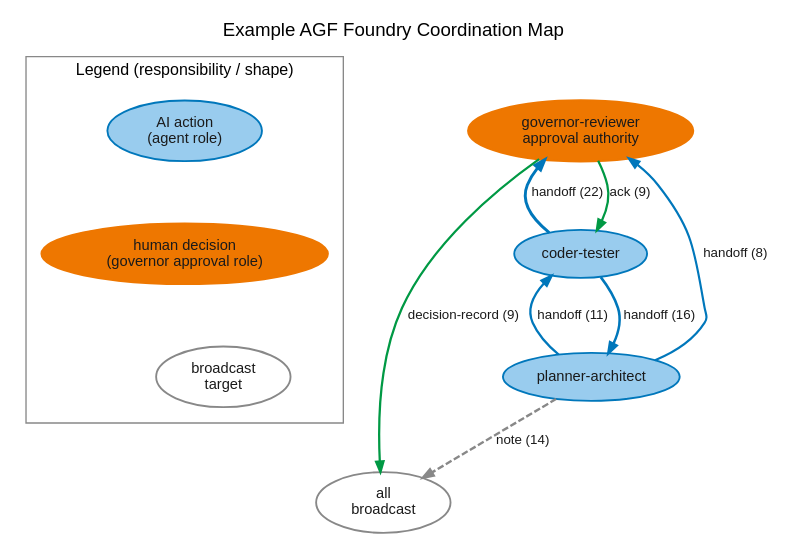
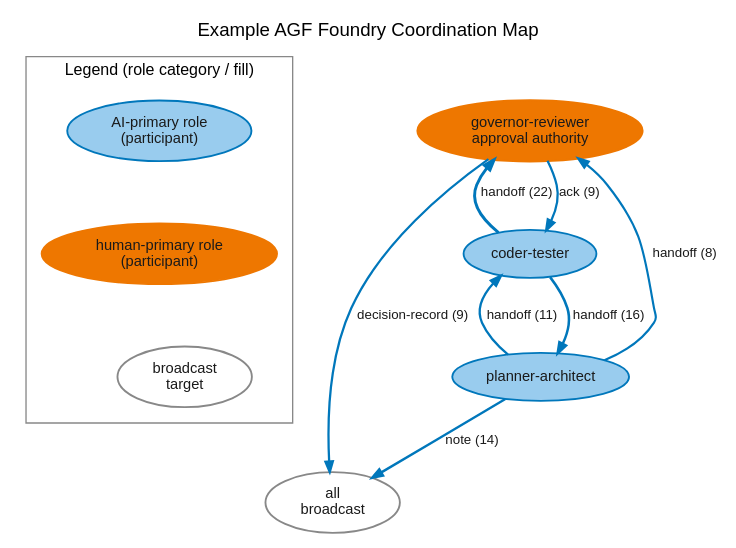
One commit to janipaijanen/agf-mirror changed the diagram in agf/docs/figures/src/coordination-map-example.dot. Above: the diagram before and after it, drawn with Graphviz. The commit also changed 5 other files, not shown here.

```diff
--- a/agf/docs/figures/src/coordination-map-example.dot
+++ b/agf/docs/figures/src/coordination-map-example.dot
@@ -1,123 +1,132 @@
 // SPDX-License-Identifier: CC-BY-SA-4.0
 // agents-govern: example AGF foundry coordination map
 // Generate: dot -Tsvg coordination-map-example.dot -o ../coordination-map-example.svg
 //
 // Semantic responsibility palette: agf/docs/site/reference/palette.md
 // ("Semantic responsibility palette" section). This figure previously
 // used an unrelated Atlassian-style colour set (#42526e, #3367d6,
 // #6554c0, #ff8b00, #00875a) -- exactly the "three unrelated palette
-// families" defect the workstream inventory identified. Role nodes now
-// use the same AI-action / Human-decision hues as coordination-
-// channel.dot's agent treatment (ellipse shape, coloured by role type);
-// the "all" broadcast target is the neutral trigger/destination ellipse
-// used throughout this figure set. Edge colours map onto the existing
-// message-kind convention: handoff = AI action blue, decision-record /
-// ack = approved-outcome green, note = advisory grey (dashed).
+// families" defect the workstream inventory identified.
+//
+// Gate 2 review `20260722T211822Z-contribution-auditor-ghng` (BLOCK 1)
+// found two further defects in an earlier converted version of this
+// figure: (1) the legend called ellipse participant nodes "AI action"
+// and "human decision" -- the palette contract's responsibility-
+// category names, which are reserved for its own diamond/rounded-box
+// shapes; using them on ellipses contradicts the shape/category
+// correspondence the contract requires. (2) aggregate decision-record
+// and ack edges were coloured green as an "approved outcome," but these
+// message kinds and their counts do not prove every underlying record
+// was approved -- coordination-message.schema.json does not bind kind
+// to outcome.
+//
+// Fix: participant nodes use the role-category vocabulary ("AI-primary
+// role" / "human-primary role"), the same axis and wording used in
+// coordination-channel.dot and docs/academic/figures/src/role-
+// communication-topology.dot -- not the responsibility-category names.
+// All coordination edges use one neutral, uniform treatment (solid
+// blue-mid), varying only by penwidth (message volume, an observed
+// count) and label text (kind + count) -- no colour or line-style
+// implies approval, automation, or deferred status for any message
+// kind.
 digraph agf_coordination_example {
   graph [
     rankdir=TB,
     bgcolor="#ffffff",
     fontname="Helvetica",
     label="Example AGF Foundry Coordination Map",
     labelloc=t,
     fontsize=14
   ];
   node [
     fontname="Helvetica",
     fontsize=11,
     shape=ellipse,
     style=filled,
     color="#0077BB",
     fillcolor="#99CCEE",
     fontcolor="#1A1A1A",
     penwidth=1.4
   ];
   edge [
     fontname="Helvetica",
     fontsize=10,
     color="#0077BB",
     fontcolor="#1A1A1A",
     arrowsize=0.8,
     penwidth=1.4
   ];
 
-  // Shape key: same responsibility categories used across this figure
-  // set, applied here to coordination-channel participants.
+  // Shape key: role-category axis (who the participant is), not the
+  // responsibility-category axis (which node shapes this figure does
+  // not use at all -- every node here is a participant, not an event).
   subgraph cluster_shapekey {
-    label = "Legend (responsibility / shape)";
+    label = "Legend (role category / fill)";
     fontname = "Helvetica";
     fontsize = 12;
     color = "#888888";
     margin = 12;
 
-    sk_ai      [label="AI action\n(agent role)", shape=ellipse,
-                fillcolor="#99CCEE", color="#0077BB", fontcolor="#1A1A1A"];
-    sk_human   [label="human decision\n(governor approval role)", shape=ellipse,
-                fillcolor="#EE7700", color="#EE7700", fontcolor="#1A1A1A"];
-    sk_neutral [label="broadcast\ntarget", shape=ellipse,
-                fillcolor=white, color="#888888", fontcolor="#1A1A1A"];
+    sk_ai_role    [label="AI-primary role\n(participant)", shape=ellipse,
+                   fillcolor="#99CCEE", color="#0077BB", fontcolor="#1A1A1A"];
+    sk_human_role [label="human-primary role\n(participant)", shape=ellipse,
+                   fillcolor="#EE7700", color="#EE7700", fontcolor="#1A1A1A"];
+    sk_neutral    [label="broadcast\ntarget", shape=ellipse,
+                   fillcolor=white, color="#888888", fontcolor="#1A1A1A"];
 
-    sk_ai -> sk_human -> sk_neutral [style=invis];
+    sk_ai_role -> sk_human_role -> sk_neutral [style=invis];
   }
 
   "all" [
     label="all\nbroadcast",
     fillcolor=white,
     color="#888888",
     fontcolor="#1A1A1A"
   ];
   "coder-tester" [
     label="coder-tester"
   ];
   "governor-reviewer" [
     label="governor-reviewer\napproval authority",
     fillcolor="#EE7700",
     color="#EE7700",
     fontcolor="#1A1A1A",
     penwidth=1.8
   ];
   "planner-architect" [
     label="planner-architect"
   ];
 
   // Stack the shape key above the diagram, same technique as the other
   // converted figures.
   sk_neutral -> "all" [style=invis];
 
   "coder-tester" -> "governor-reviewer" [
     label="handoff (22)",
-    color="#0077BB",
     penwidth=2.2
   ];
   "coder-tester" -> "planner-architect" [
     label="handoff (16)",
-    color="#0077BB",
     penwidth=1.9
   ];
   "governor-reviewer" -> "all" [
     label="decision-record (9)",
-    color="#009944",
     penwidth=1.7
   ];
   "governor-reviewer" -> "coder-tester" [
     label="ack (9)",
-    color="#009944",
     penwidth=1.7
   ];
   "planner-architect" -> "all" [
     label="note (14)",
-    style=dashed,
-    color="#888888",
     penwidth=1.8
   ];
   "planner-architect" -> "coder-tester" [
     label="handoff (11)",
-    color="#0077BB",
     penwidth=1.7
   ];
   "planner-architect" -> "governor-reviewer" [
     label="handoff (8)",
-    color="#0077BB",
     penwidth=1.6
   ];
 }
```
